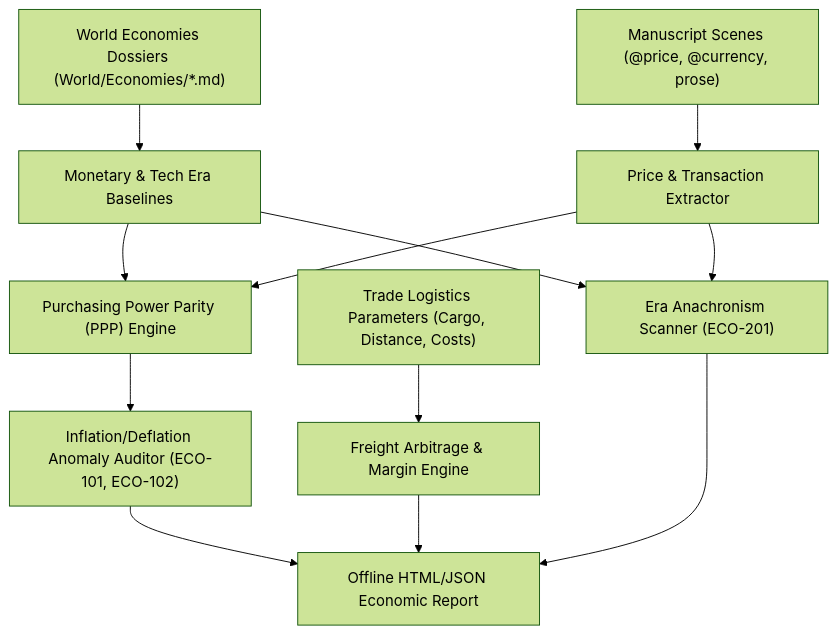
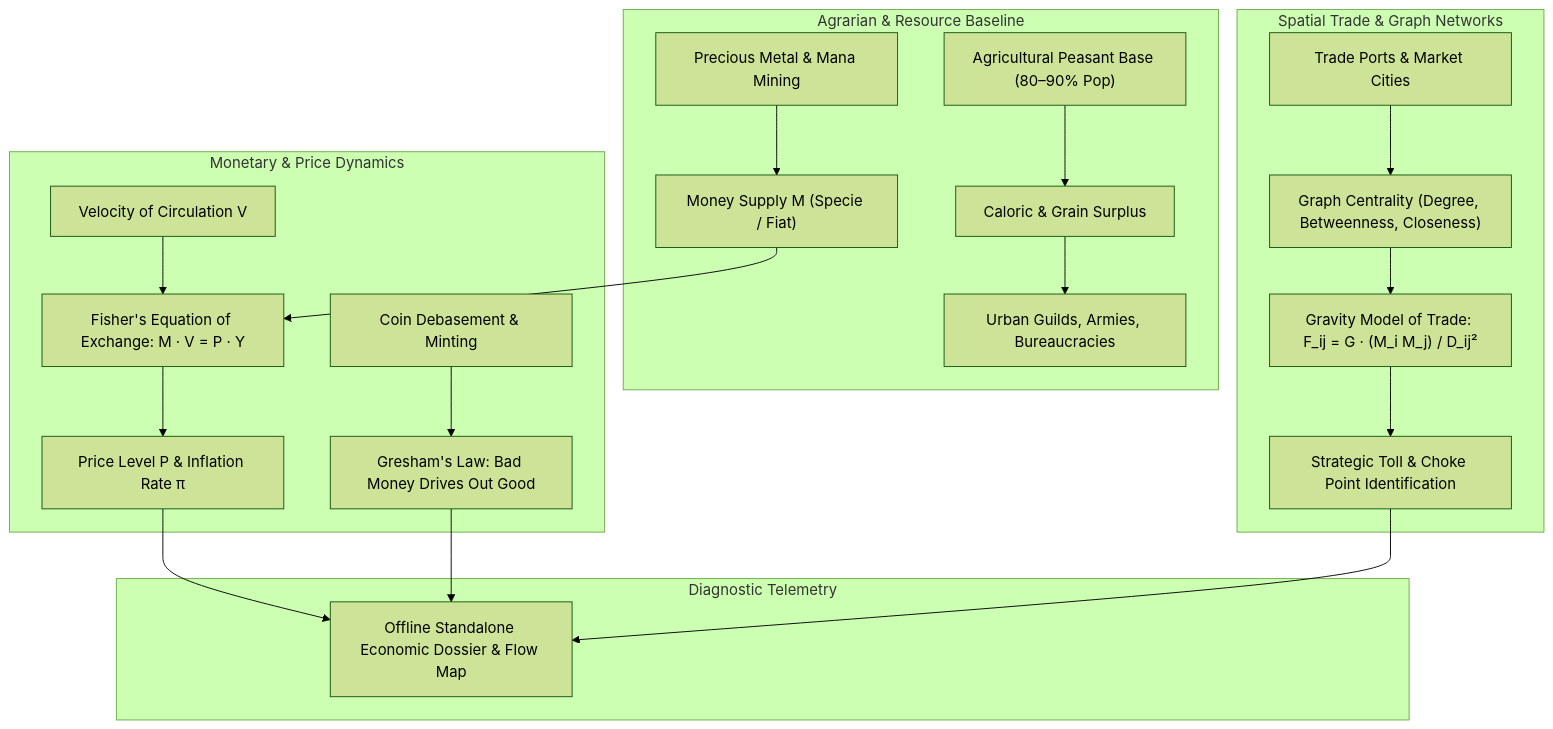
One commit to aryansinghnagar/Ars-Arcanum changed the diagram in docs/ECONOMY.md. Above: the diagram before and after it, drawn with Mermaid (forest theme). The commit also changed other lines of this file and 239 other files, not shown here.

First line of the commit message:
feat(v5.0.0): streamline to 47 deterministic engines, zero-pip architecture, and encyclopedic craft references

````diff
--- a/docs/ECONOMY.md
+++ b/docs/ECONOMY.md
@@ -22,14 +18,24 @@
 ```mermaid
 flowchart TD
-    Dossiers["World Economies Dossiers (World/Economies/*.md)"] --> Baseline["Monetary & Tech Era Baselines"]
-    Manuscript["Manuscript Scenes (@price, @currency, prose)"] --> PriceScanner["Price & Transaction Extractor"]
-    
-    Baseline & PriceScanner --> PPPEngine["Purchasing Power Parity (PPP) Engine"]
-    Baseline & PriceScanner --> AnachEngine["Era Anachronism Scanner (ECO-201)"]
-    
-    PPPEngine --> AnomalyAudit["Inflation/Deflation Anomaly Auditor (ECO-101, ECO-102)"]
-    
-    TradeInputs["Trade Logistics Parameters (Cargo, Distance, Costs)"] --> FreightModel["Freight Arbitrage & Margin Engine"]
-    
-    AnomalyAudit & FreightModel & AnachEngine --> Report["Offline HTML/JSON Economic Report"]
+    subgraph Agrarian & Resource Baseline
+        Peasantry["Agricultural Peasant Base (80–90% Pop)"] --> Surplus["Caloric & Grain Surplus"]
+        Surplus --> Specialization["Urban Guilds, Armies, Bureaucracies"]
+        Mines["Precious Metal & Mana Mining"] --> MoneySupply["Money Supply M (Specie / Fiat)"]
+    end
+
+    subgraph Monetary & Price Dynamics
+        MoneySupply & Velocity["Velocity of Circulation V"] --> Fisher["Fisher's Equation of Exchange: M · V = P · Y"]
+        Fisher --> PriceLevel["Price Level P & Inflation Rate π"]
+        Debasement["Coin Debasement & Minting"] --> GreshamsLaw["Gresham's Law: Bad Money Drives Out Good"]
+    end
+
+    subgraph Spatial Trade & Graph Networks
+        TradeNodes["Trade Ports & Market Cities"] --> Centrality["Graph Centrality (Degree, Betweenness, Closeness)"]
+        Centrality --> GravityModel["Gravity Model of Trade: F_ij = G · (M_i M_j) / D_ij²"]
+        GravityModel --> ChokePoints["Strategic Toll & Choke Point Identification"]
+    end
+
+    subgraph Diagnostic Telemetry
+        PriceLevel & GreshamsLaw & ChokePoints --> EconomicReport["Offline Standalone Economic Dossier & Flow Map"]
+    end
 ```
````
